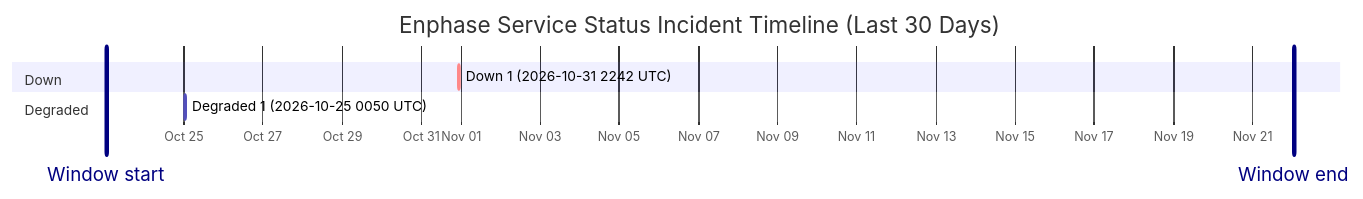
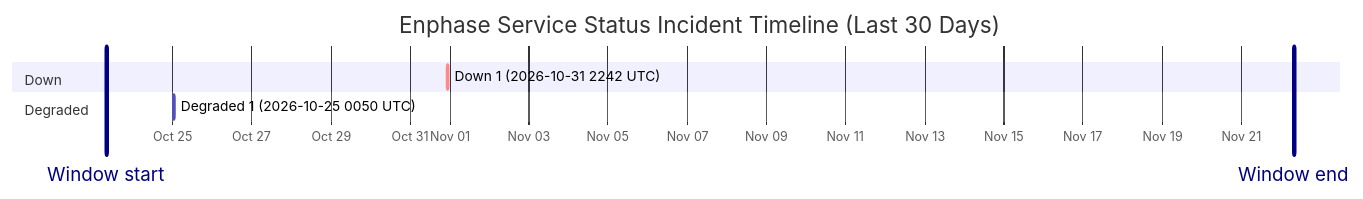
The diagram in wiki/Service-Status-History.md (barneyonline/ha-enphase-energy), drawn with Mermaid before and after one commit. The commit also changed other lines of this file and 3 other files, not shown here.

````diff
--- a/wiki/Service-Status-History.md
+++ b/wiki/Service-Status-History.md
@@ -14,12 +14,12 @@
 ```mermaid
 gantt
     title Enphase Service Status Incident Timeline (Last 30 Days)
     dateFormat  YYYY-MM-DDTHH:mm:ss
     axisFormat  %b %d
-    Window start :vert, window-start, 2026-10-23T00:57:22, 0ms
-    Window end :vert, window-end, 2026-11-22T00:57:22, 0ms
+    Window start :vert, window-start, 2026-10-23T07:52:26, 0ms
+    Window end :vert, window-end, 2026-11-22T07:52:26, 0ms
     section Down
     Down 1 (2026-10-31 2242 UTC) :crit, down-1, 2026-10-31T22:42:18, 60m
     section Degraded
     Degraded 1 (2026-10-25 0050 UTC) :active, degraded-1, 2026-10-25T00:50:01, 60m
 ```
````
